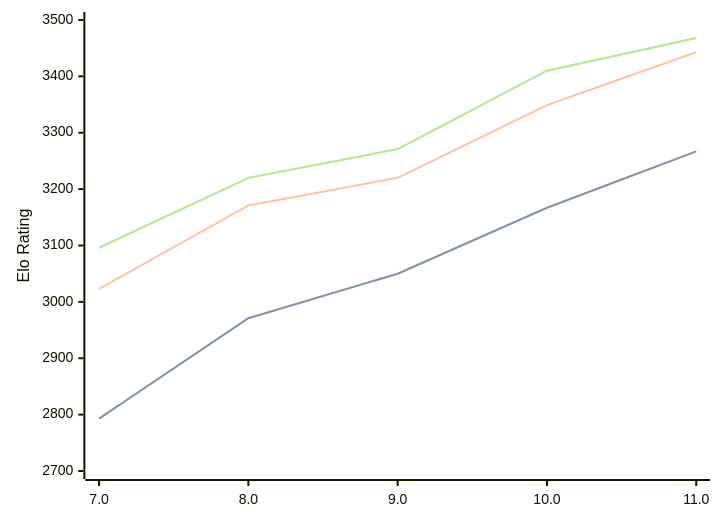
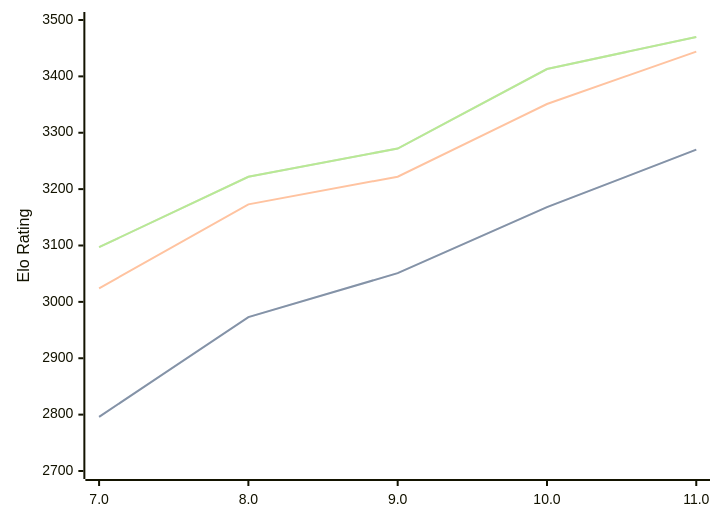
One commit to computer-chess-index/cci changed the diagram in engines/Tcheran.md. Above: the diagram before and after it, drawn with Mermaid. The commit also changed other lines of this file, not shown here.

Commit message:
Update CCI Ratings (ELO VLTC) - 2026-04-11

````diff
--- a/engines/Tcheran.md
+++ b/engines/Tcheran.md
@@ -49,11 +49,11 @@
 ```mermaid
 %%{init: {"theme":"base","themeVariables":{"seriesColors:['#a3a3a3','#222221','#faa371']}}}%%
 xychart-beta
   x-axis ["7.0", "8.0", "9.0", "10.0", "11.0"]
   y-axis "Elo Rating" 2700 --> 3500
-  line "STC (8.0+0.08s)" [2793, 2971, 3050, 3167, 3267]
-  line "STC (8.0+0.08s)" [2793, 2971, 3050, 3167, 3267]
-  line "LTC (60.0+0.60s)" [3023, 3171, 3220, 3349, 3443]
-  line "VLTC (2m24s+1.12s)" [3096, 3220, 3271, 3410, 3468]
-  line "VLTC (2m24s+1.12s)" [3096, 3220, 3271, 3410, 3468]
+  line "STC (8.0+0.08s)" [2796, 2973, 3051, 3168, 3270]
+  line "STC (8.0+0.08s)" [2796, 2973, 3051, 3168, 3270]
+  line "LTC (60.0+0.60s)" [3024, 3173, 3222, 3351, 3444]
+  line "VLTC (2m24s+1.12s)" [3097, 3222, 3272, 3413, 3470]
+  line "VLTC (2m24s+1.12s)" [3097, 3222, 3272, 3413, 3470]
 ```
````
